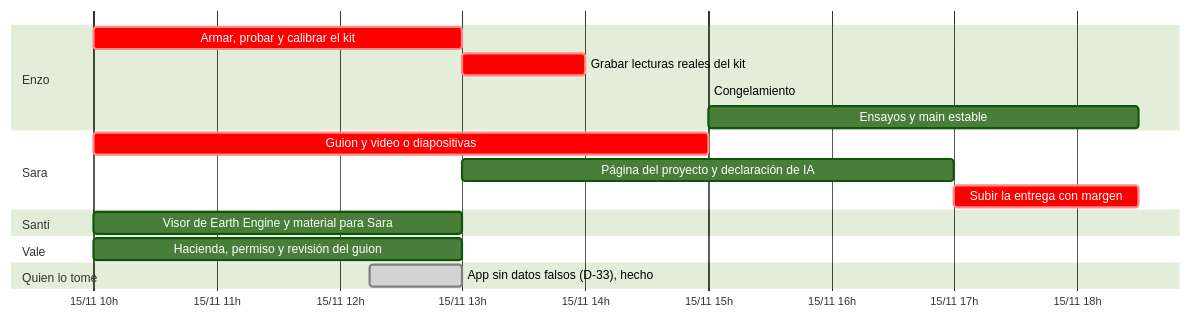
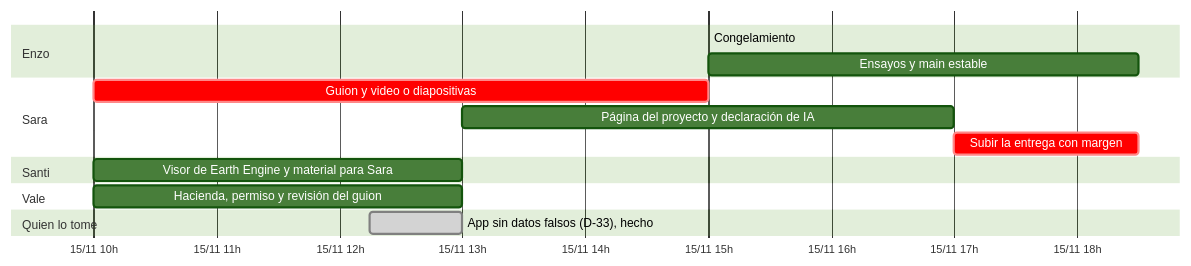
The diagram in docs/estado-del-proyecto.md (enzopazzelli/BioSat), drawn with Mermaid (forest theme) before and after one commit. The commit also changed other lines of this file and 52 other files, not shown here.

````diff
--- a/docs/estado-del-proyecto.md
+++ b/docs/estado-del-proyecto.md
@@ -118,20 +117,18 @@
 ```mermaid
 gantt
     dateFormat  YYYY-MM-DD HH:mm
     axisFormat  %d/%m %Hh
     section Enzo
-    Armar, probar y calibrar el kit         :crit, 2026-11-15 10:00, 2026-11-15 13:00
-    Grabar lecturas reales del kit          :crit, 2026-11-15 13:00, 2026-11-15 14:00
     Congelamiento: último merge             :milestone, 2026-11-15 15:00, 0m
     Ensayos y main estable                  :2026-11-15 15:00, 2026-11-15 18:30
     section Sara
     Guion y video o diapositivas            :crit, 2026-11-15 10:00, 2026-11-15 15:00
     Página del proyecto y declaración de IA :2026-11-15 13:00, 2026-11-15 17:00
     Subir la entrega con margen             :crit, 2026-11-15 17:00, 2026-11-15 18:30
     section Santi
     Visor de Earth Engine y material para Sara :2026-11-15 10:00, 2026-11-15 13:00
     section Vale
     Hacienda, permiso y revisión del guion  :2026-11-15 10:00, 2026-11-15 13:00
     section Quien lo tome
     App sin datos falsos (D-33), hecho      :done, 2026-11-15 12:15, 2026-11-15 13:00
 ```
````
